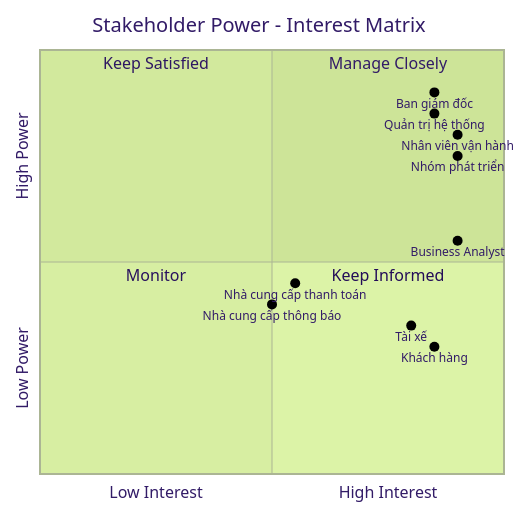
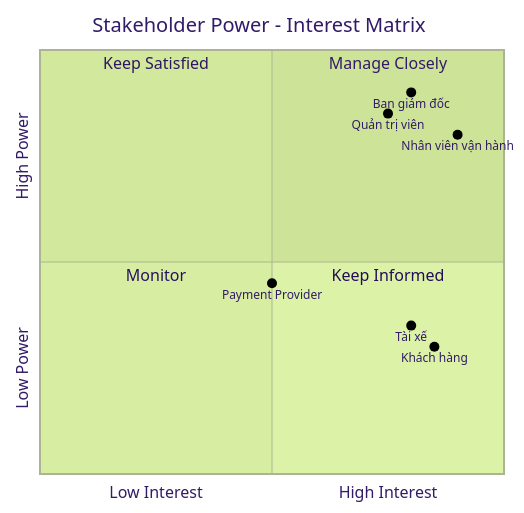
Before and after one commit to tuyetsang-sun/23663021_DaoThiTuyetSang_CABSYSTEM: the first of 11 diagrams in SRS.md, drawn with Mermaid (forest theme). The commit also changed other lines of this file, not shown here.

````diff
--- a/SRS.md
+++ b/SRS.md
@@ -19,21 +20,18 @@
 ```mermaid
 quadrantChart
     title Stakeholder Power - Interest Matrix
     x-axis Low Interest --> High Interest
     y-axis Low Power --> High Power
 
     quadrant-1 Manage Closely
     quadrant-2 Keep Satisfied
     quadrant-3 Monitor
     quadrant-4 Keep Informed
 
-    "Ban giám đốc": [0.85, 0.90]
+    "Ban giám đốc": [0.80, 0.90]
+    "Nhân viên vận hành": [0.90, 0.80]
+    "Quản trị viên": [0.75, 0.85]
     "Khách hàng": [0.85, 0.30]
     "Tài xế": [0.80, 0.35]
-    "Nhân viên vận hành": [0.90, 0.80]
-    "Quản trị hệ thống": [0.85, 0.85]
-    "Business Analyst": [0.90, 0.55]
-    "Nhà cung cấp thanh toán": [0.55, 0.45]
-    "Nhà cung cấp thông báo": [0.50, 0.40]
-    "Nhóm phát triển": [0.90, 0.75]
+    "Payment Provider": [0.50, 0.45]
 ```
````
